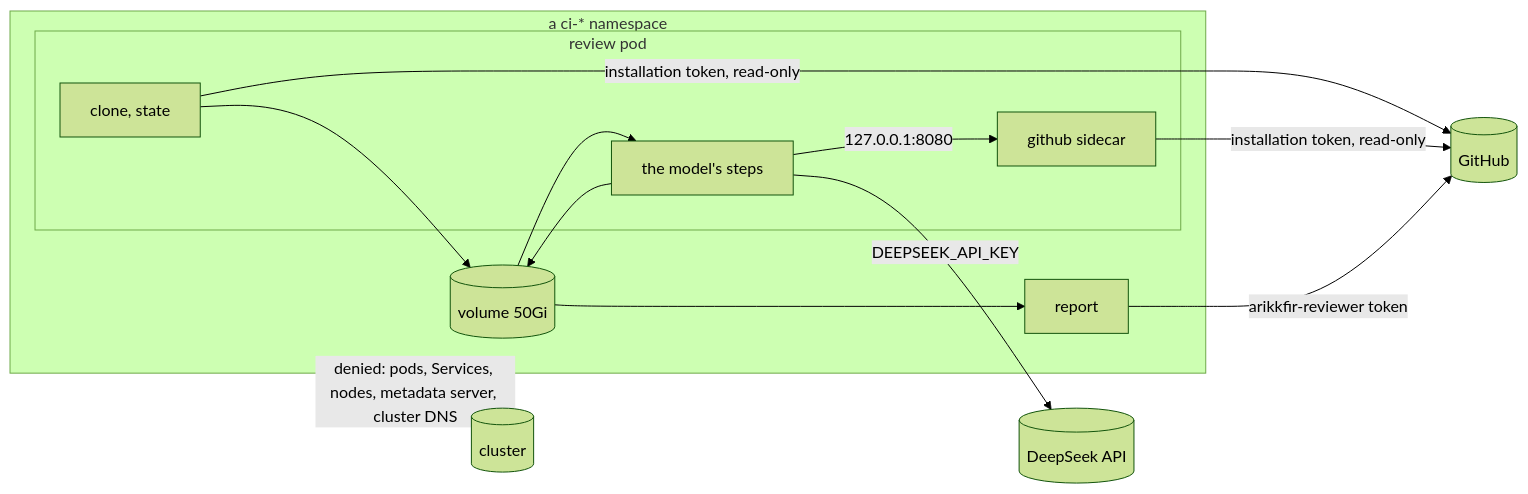
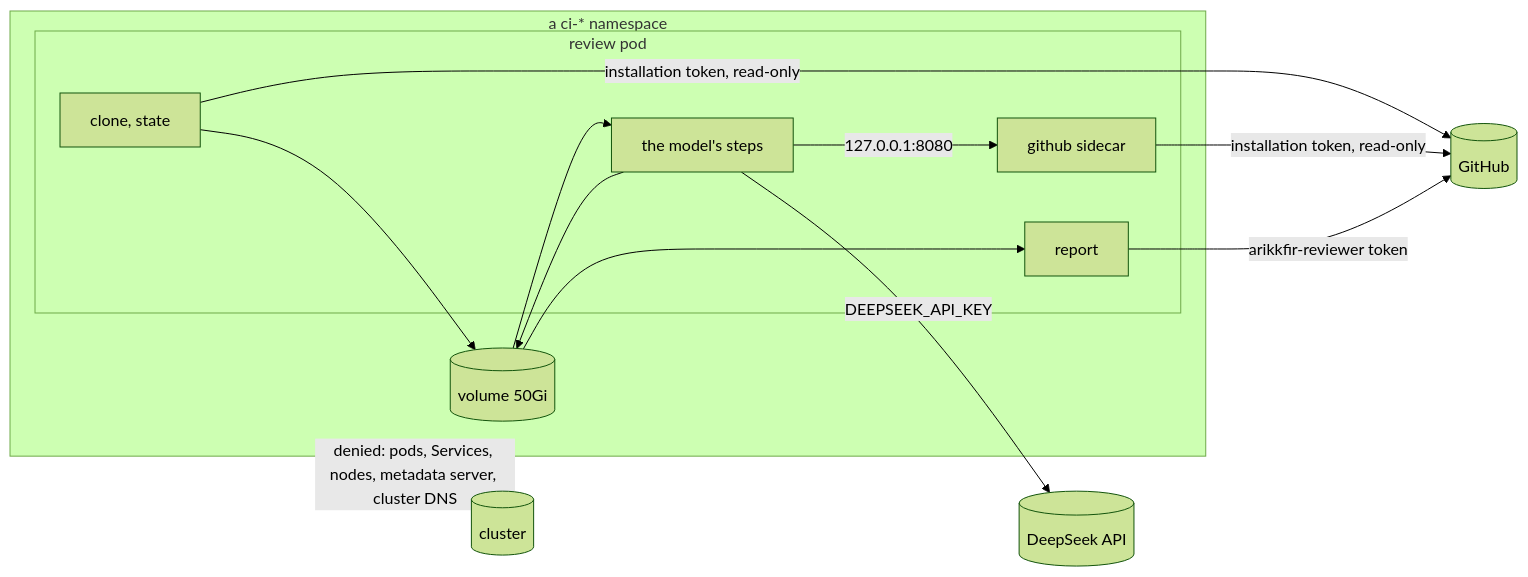
One commit to arikkfir-org/docs changed the second of 3 diagrams in hub/designs/pr-reviewer.md. Above: the diagram before and after it, drawn with Mermaid (forest theme). The commit also changed other lines of this file and 1 other file, not shown here.

````diff
--- a/hub/designs/pr-reviewer.md
+++ b/hub/designs/pr-reviewer.md
@@ -91,22 +90,22 @@
 ```mermaid
 flowchart LR
   subgraph NS["a ci-* namespace"]
     subgraph RP["review pod"]
       S[clone, state]
       R[the model's steps]
       G[github sidecar]
+      P[report]
     end
-    P[report]
     V[(volume 50Gi)]
     S --> V
     V --> R
     R --> V
     V --> P
     R -- 127.0.0.1:8080 --> G
   end
   S -- installation token, read-only --> GH[(GitHub)]
   G -- installation token, read-only --> GH
   R -- DEEPSEEK_API_KEY --> DS[(DeepSeek API)]
   P -- arikkfir-reviewer token --> GH
   NS -. denied: pods, Services, nodes, metadata server, cluster DNS .-> K[(cluster)]
 ```
````
